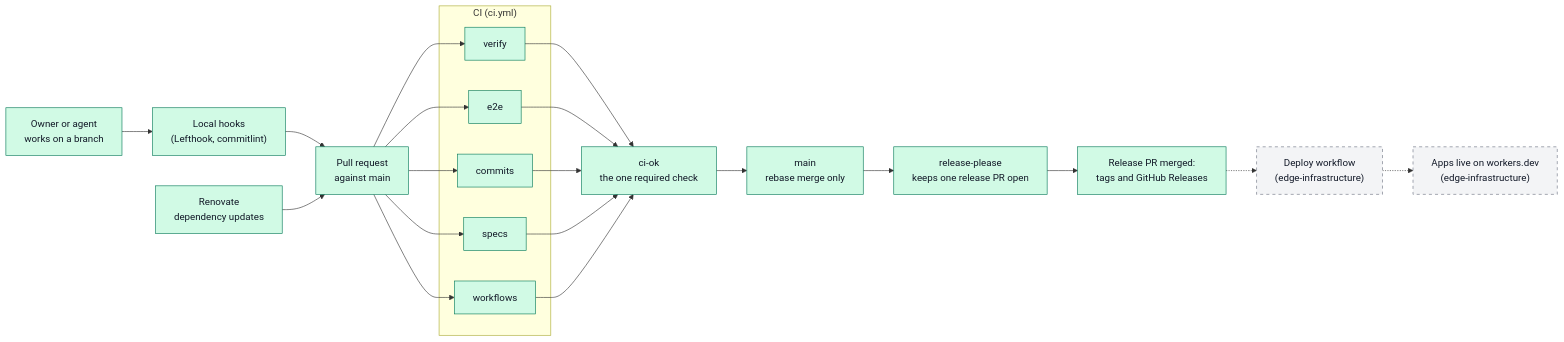
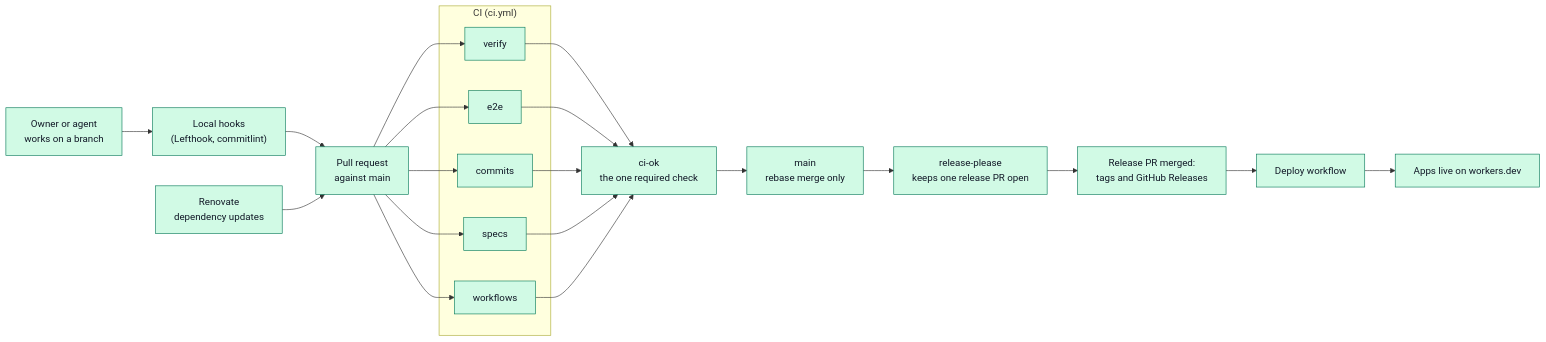
The second of 2 diagrams in docs/ARCHITECTURE.md (ycmcuenca/ycmcuenca-core), drawn with Mermaid before and after one commit. The commit also changed other lines of this file and 3 other files, not shown here.

````diff
--- a/docs/ARCHITECTURE.md
+++ b/docs/ARCHITECTURE.md
@@ -115,32 +118,32 @@
 ```mermaid
 flowchart LR
     dev["Owner or agent<br/>works on a branch"]:::built
     hooks["Local hooks<br/>(Lefthook, commitlint)"]:::built
     renovate["Renovate<br/>dependency updates"]:::built
     pr["Pull request<br/>against main"]:::built
 
     subgraph ci["CI (ci.yml)"]
         verify["verify"]:::built
         e2e["e2e"]:::built
         commits["commits"]:::built
         specs["specs"]:::built
         workflows["workflows"]:::built
     end
 
     gate["ci-ok<br/>the one required check"]:::built
     main["main<br/>rebase merge only"]:::built
     rp["release-please<br/>keeps one release PR open"]:::built
     release["Release PR merged:<br/>tags and GitHub Releases"]:::built
-    deploy["Deploy workflow<br/>(edge-infrastructure)"]:::planned
-    live["Apps live on workers.dev<br/>(edge-infrastructure)"]:::planned
+    deploy["Deploy workflow"]:::built
+    live["Apps live on workers.dev"]:::built
 
     dev --> hooks --> pr
     renovate --> pr
     pr --> verify & e2e & commits & specs & workflows
     verify & e2e & commits & specs & workflows --> gate
     gate --> main --> rp --> release
-    release -.-> deploy -.-> live
+    release --> deploy --> live
 
     classDef built fill:#d1fae5,stroke:#047857,color:#111827
     classDef planned fill:#f3f4f6,stroke:#6b7280,color:#111827,stroke-dasharray:5 5
 ```
````
